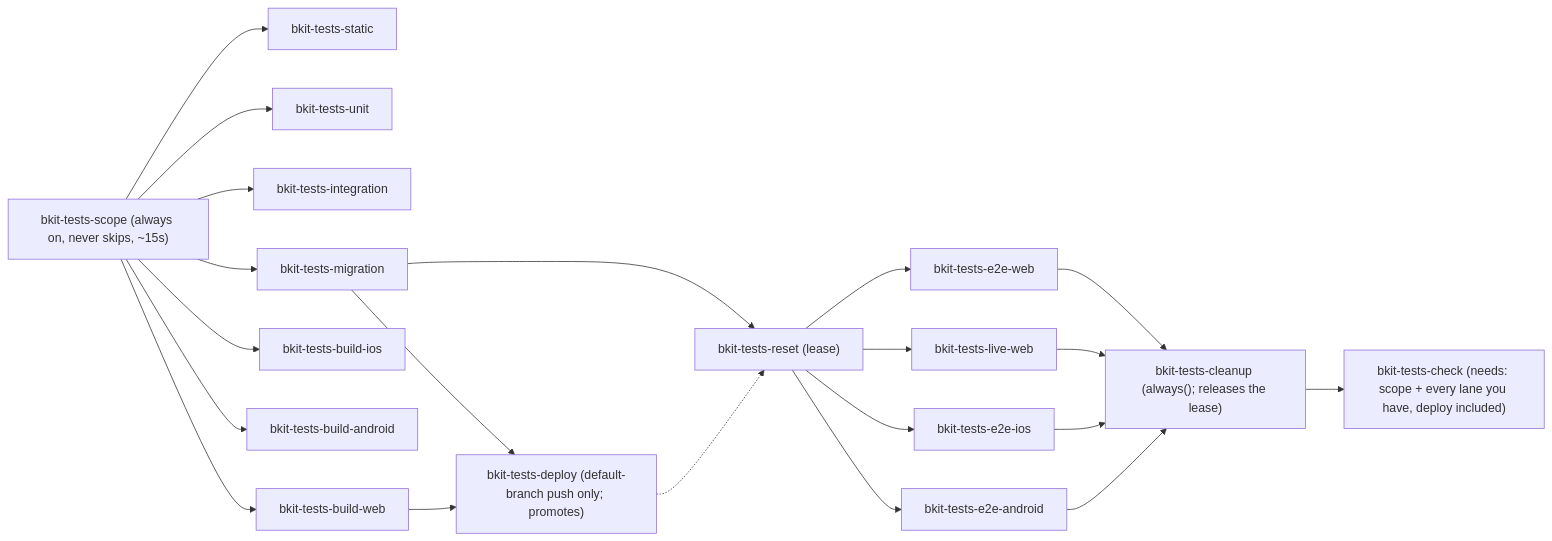
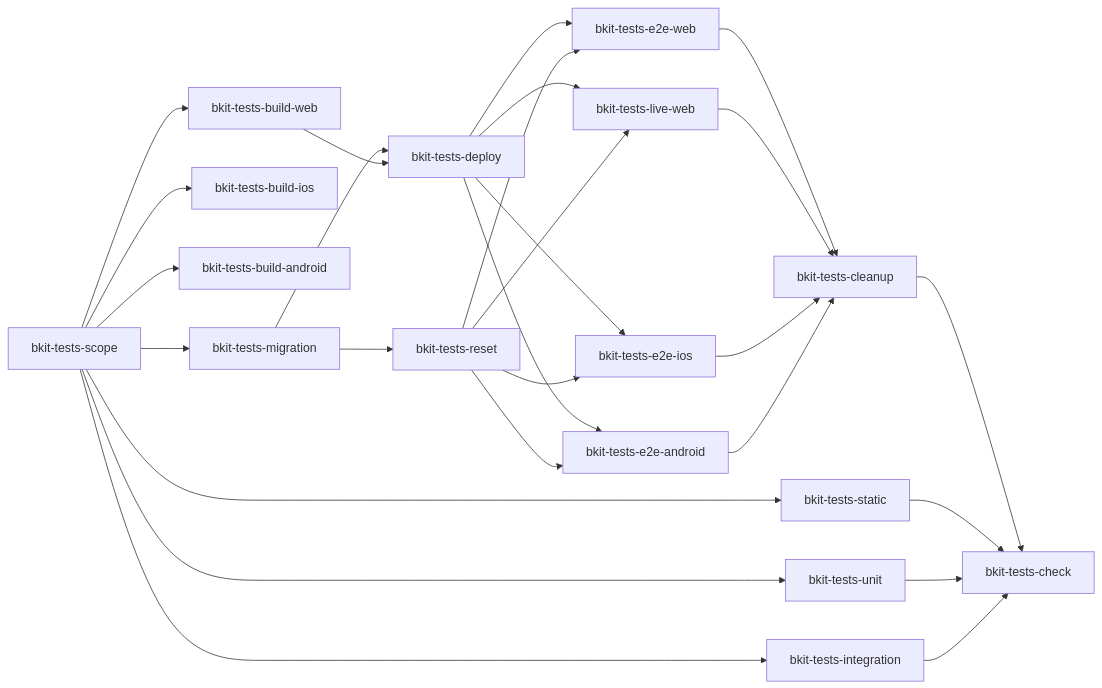
Before and after one commit to cbartens/bkit: the second of 2 diagrams in docs/testing.md, drawn with Mermaid. The commit also changed other lines of this file and 13 other files, not shown here.

````diff
--- a/docs/testing.md
+++ b/docs/testing.md
@@ -37,23 +145,29 @@
 ```mermaid
 flowchart LR
-    scope["bkit-tests-scope (always on, never skips, ~15s)"] --> static["bkit-tests-static"]
-    scope --> unit["bkit-tests-unit"]
-    scope --> integration["bkit-tests-integration"]
-    scope --> buildweb["bkit-tests-build-web"]
-    scope --> buildios["bkit-tests-build-ios"]
-    scope --> buildandroid["bkit-tests-build-android"]
-    scope --> migration["bkit-tests-migration"]
-    migration --> deploy["bkit-tests-deploy (default-branch push only; promotes)"]
-    buildweb --> deploy
-    migration --> reset["bkit-tests-reset (lease)"]
-    reset --> e2eweb["bkit-tests-e2e-web"]
-    reset --> liveweb["bkit-tests-live-web"]
-    reset --> e2eios["bkit-tests-e2e-ios"]
-    reset --> e2eandroid["bkit-tests-e2e-android"]
-    deploy -.-> reset
-    e2eweb --> cleanup["bkit-tests-cleanup (always(); releases the lease)"]
-    liveweb --> cleanup
-    e2eios --> cleanup
-    e2eandroid --> cleanup
-    cleanup --> check["bkit-tests-check (needs: scope + every lane you have, deploy included)"]
+    SCOPE["bkit-tests-scope"] --> STATIC["bkit-tests-static"]
+    SCOPE --> UNIT["bkit-tests-unit"]
+    SCOPE --> BWEB["bkit-tests-build-web"]
+    SCOPE --> INTEG["bkit-tests-integration"]
+    SCOPE --> BIOS["bkit-tests-build-ios"]
+    SCOPE --> BAND["bkit-tests-build-android"]
+    SCOPE --> MIG["bkit-tests-migration"]
+    MIG --> DEPLOY["bkit-tests-deploy"]
+    BWEB --> DEPLOY
+    MIG --> RESET["bkit-tests-reset"]
+    DEPLOY --> E2EW["bkit-tests-e2e-web"]
+    DEPLOY --> LIVE["bkit-tests-live-web"]
+    DEPLOY --> E2EI["bkit-tests-e2e-ios"]
+    DEPLOY --> E2EA["bkit-tests-e2e-android"]
+    RESET --> E2EW
+    RESET --> LIVE
+    RESET --> E2EI
+    RESET --> E2EA
+    E2EW --> CLEAN["bkit-tests-cleanup"]
+    LIVE --> CLEAN
+    E2EI --> CLEAN
+    E2EA --> CLEAN
+    CLEAN --> CHECK["bkit-tests-check"]
+    STATIC --> CHECK
+    UNIT --> CHECK
+    INTEG --> CHECK
 ```
````
